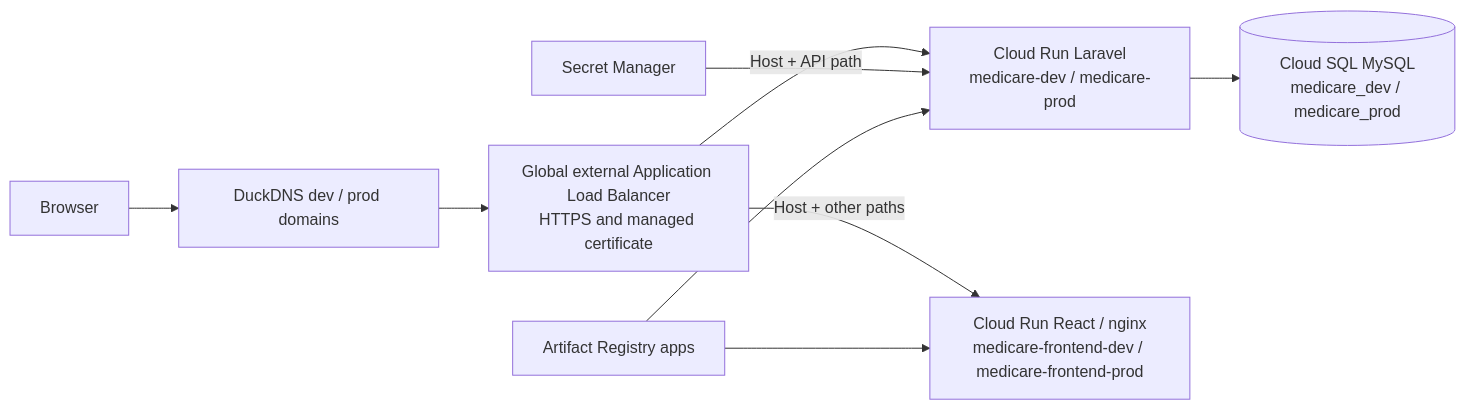
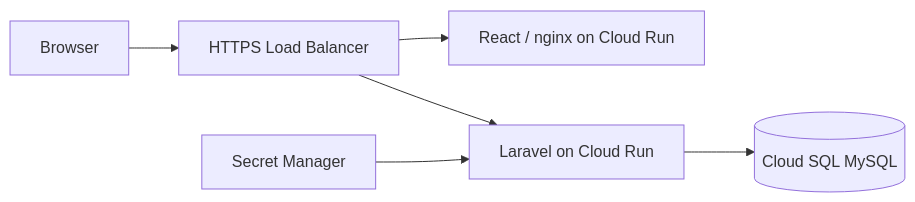
The diagram in README.md (woizhicheng0309/MediCare), drawn with Mermaid before and after one commit. The commit also changed other lines of this file, not shown here.

````diff
--- a/README.md
+++ b/README.md
@@ -209,11 +43,8 @@
 ```mermaid
 flowchart LR
-    Browser[Browser] --> DNS[DuckDNS dev / prod domains]
-    DNS --> LB["Global external Application Load Balancer<br/>HTTPS and managed certificate"]
-    LB -->|Host + API path| Backend["Cloud Run Laravel<br/>medicare-dev / medicare-prod"]
-    LB -->|Host + other paths| Frontend["Cloud Run React / nginx<br/>medicare-frontend-dev / medicare-frontend-prod"]
-    Backend --> SQL[("Cloud SQL MySQL<br/>medicare_dev / medicare_prod")]
+    User[Browser] --> LB[HTTPS Load Balancer]
+    LB --> Frontend[React / nginx on Cloud Run]
+    LB --> Backend[Laravel on Cloud Run]
+    Backend --> Database[(Cloud SQL MySQL)]
     Secrets[Secret Manager] --> Backend
-    Registry[Artifact Registry apps] --> Backend
-    Registry --> Frontend
 ```
````
